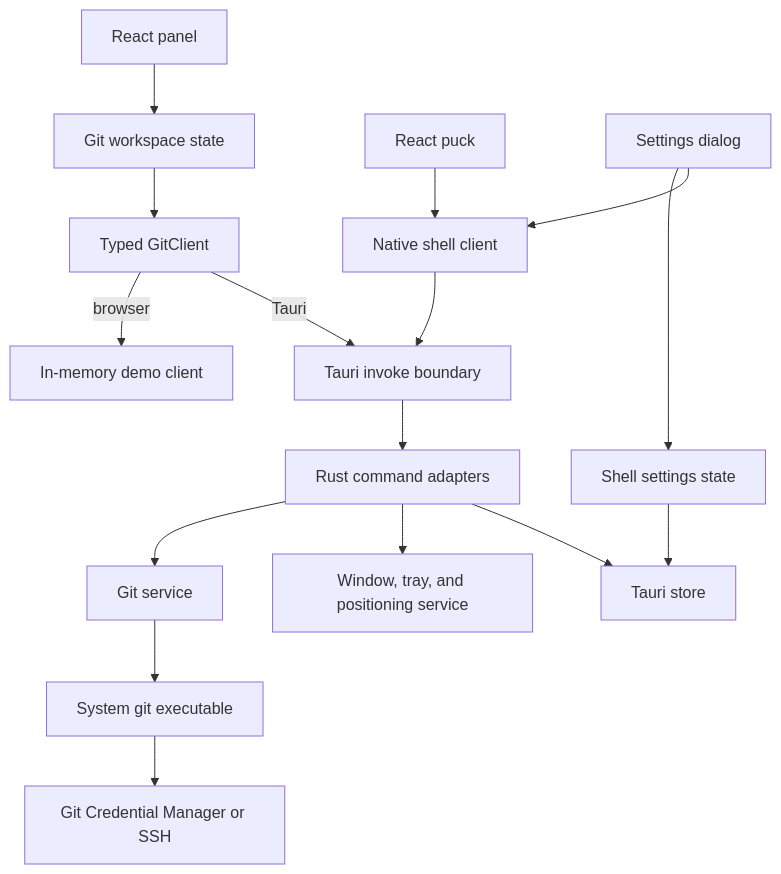
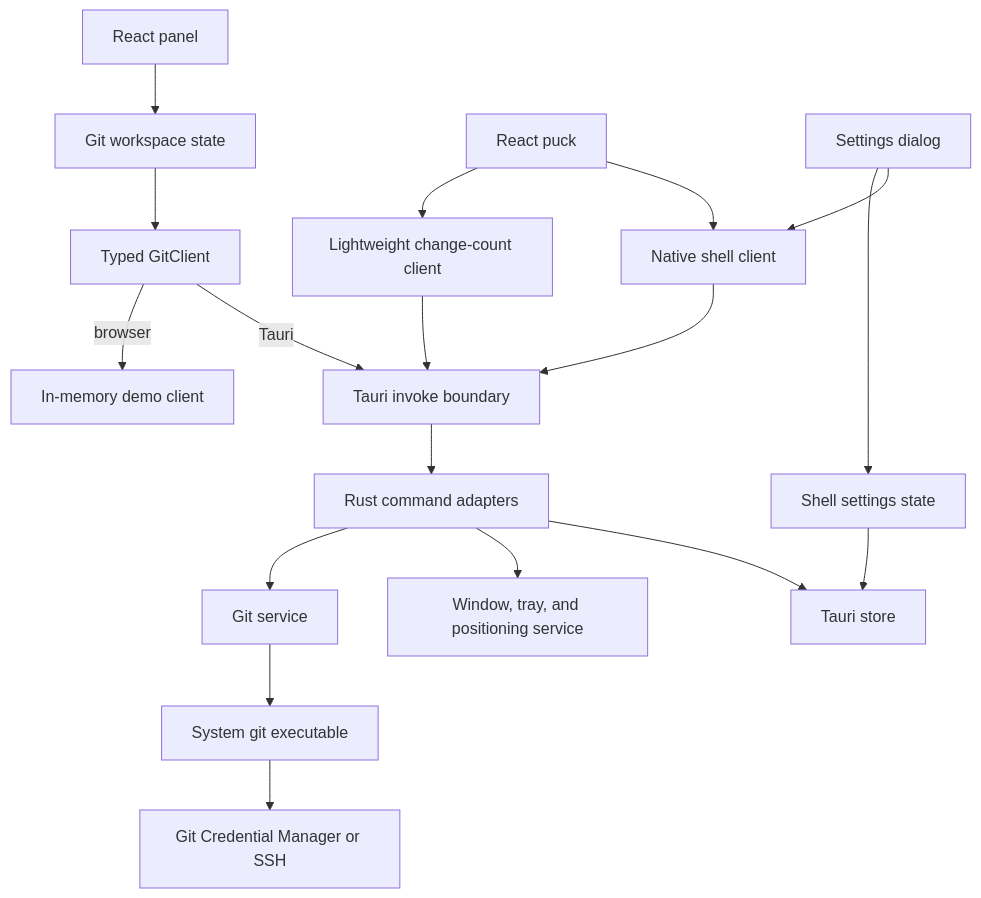
The first of 2 diagrams in docs/architecture.md (YYchainsAw/RepoPuck), drawn with Mermaid before and after one commit. The commit also changed other lines of this file and 2 other files, not shown here.

````diff
--- a/docs/architecture.md
+++ b/docs/architecture.md
@@ -7,18 +7,20 @@
 ```mermaid
 flowchart TD
     Panel["React panel"] --> Workspace["Git workspace state"]
-    Puck["React puck"] --> NativeClient["Native shell client"]
+    Puck["React puck"] --> CountClient["Lightweight change-count client"]
+    Puck --> NativeClient["Native shell client"]
     Settings["Settings dialog"] --> ShellSettings["Shell settings state"]
     Settings --> NativeClient
     Workspace --> GitClient["Typed GitClient"]
     GitClient -->|"browser"| Demo["In-memory demo client"]
     GitClient -->|"Tauri"| Invoke["Tauri invoke boundary"]
+    CountClient --> Invoke
     NativeClient --> Invoke
     ShellSettings --> Store["Tauri store"]
     Invoke --> Commands["Rust command adapters"]
     Commands --> GitService["Git service"]
     Commands --> Windowing["Window, tray, and positioning service"]
     Commands --> Store
     GitService --> Git["System git executable"]
     Git --> Auth["Git Credential Manager or SSH"]
 ```
````
